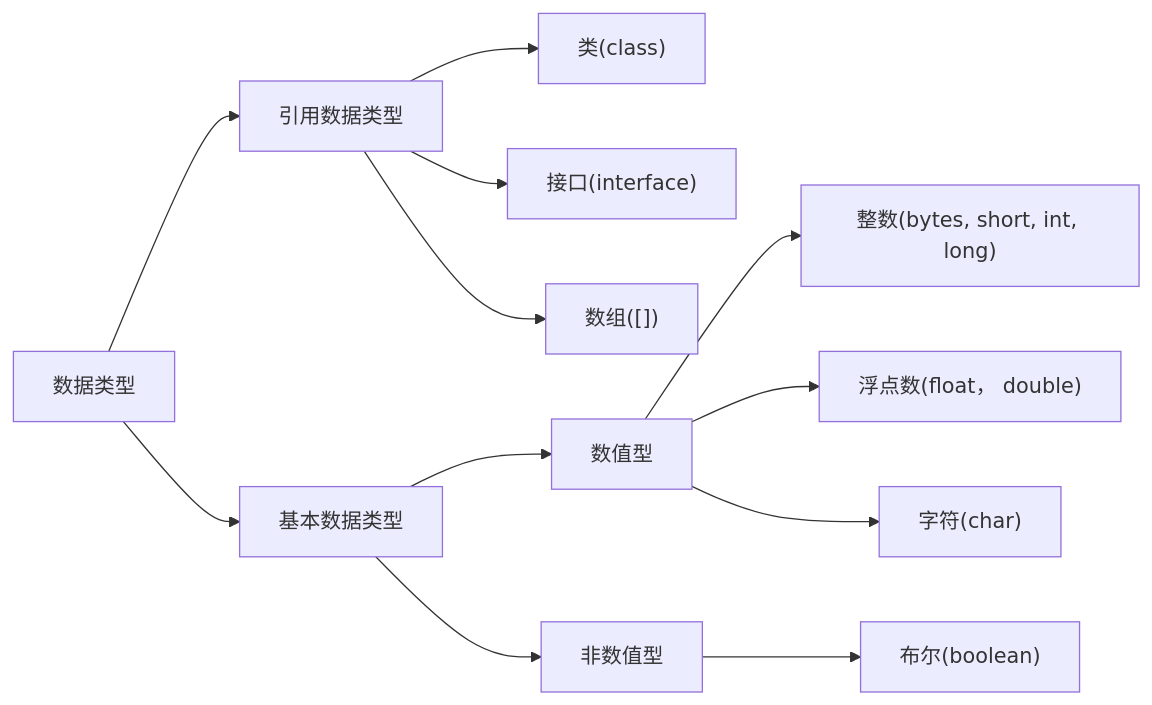
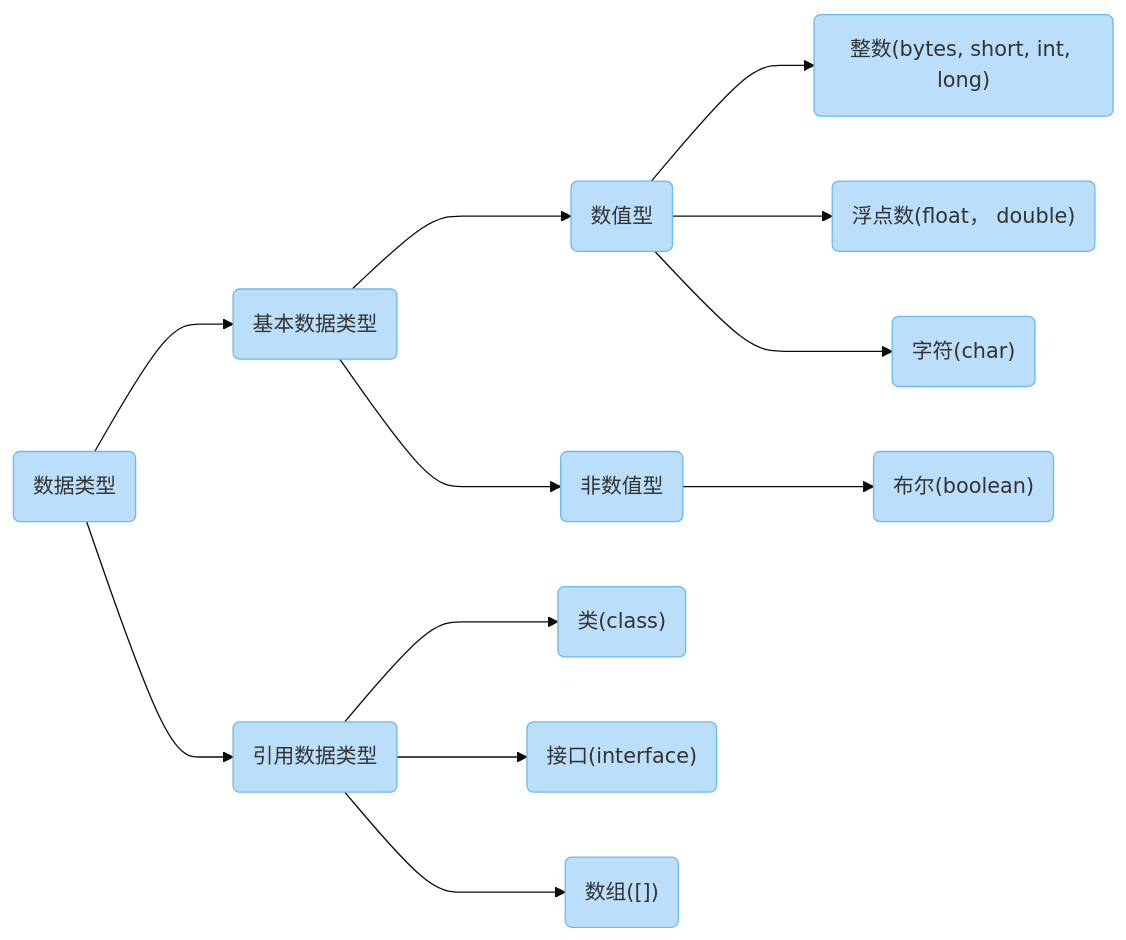
The diagram in docs/JavaDocument/JavaBase/Base/数据类型.md (Reagan1947/vuepress-starter), drawn with Mermaid before and after one commit. The commit also changed other lines of this file and 6 other files, not shown here.

````diff
--- a/docs/JavaDocument/JavaBase/Base/数据类型.md
+++ b/docs/JavaDocument/JavaBase/Base/数据类型.md
@@ -21,33 +21,35 @@
 ```mermaid
+%%{init: {'theme': 'base', 'themeVariables': { 'primaryColor': '#bbdefb', 'primaryBorderColor' : '#69b8f7'}}}%%
 
 
 graph LR
-	INT["整数(bytes, short, int, long)"]
-	FLOAT["浮点数(float， double)"]
-	CHAR["字符(char)"]
-	BOOL["布尔(boolean)"]
+	INT("整数(bytes, short, int, long)")
+	FLOAT("浮点数(float， double)")
+	CHAR("字符(char)")
+	BOOL("布尔(boolean)")
 	
-	CLASS["类(class)"]
-	INTERFACE["接口(interface)"]
-	ARRAY["数组([])"]
+	CLASS("类(class)")
+	INTERFACE("接口(interface)")
+	ARRAY("数组([])")
 	
-	数据类型 --> 基本数据类型
-	数据类型 --> 引用数据类型
+	A("数据类型") --> B("基本数据类型") & C("引用数据类型")
 	
-	基本数据类型 --> 数值型
-	基本数据类型 --> 非数值型
+	B --> D("数值型") & E("非数值型")
 	
-	数值型 --> INT
-	数值型 --> FLOAT
-	数值型 --> CHAR
+	D --> INT & FLOAT & CHAR
 	
-	非数值型 --> BOOL
+	E --> BOOL
 	
-	引用数据类型 --> CLASS
-	引用数据类型 --> INTERFACE
-	引用数据类型 --> ARRAY
-	
-	
-	
-	
+	C --> CLASS & INTERFACE & ARRAY
+
+	subgraph F[" "]
+		C
+	end
+
+	subgraph G[" "]
+		D
+	end
+
+	classDef subGraph fill:#ffffff, stroke:#ffffff;
+	class F,G subGraph;
 ```
````
